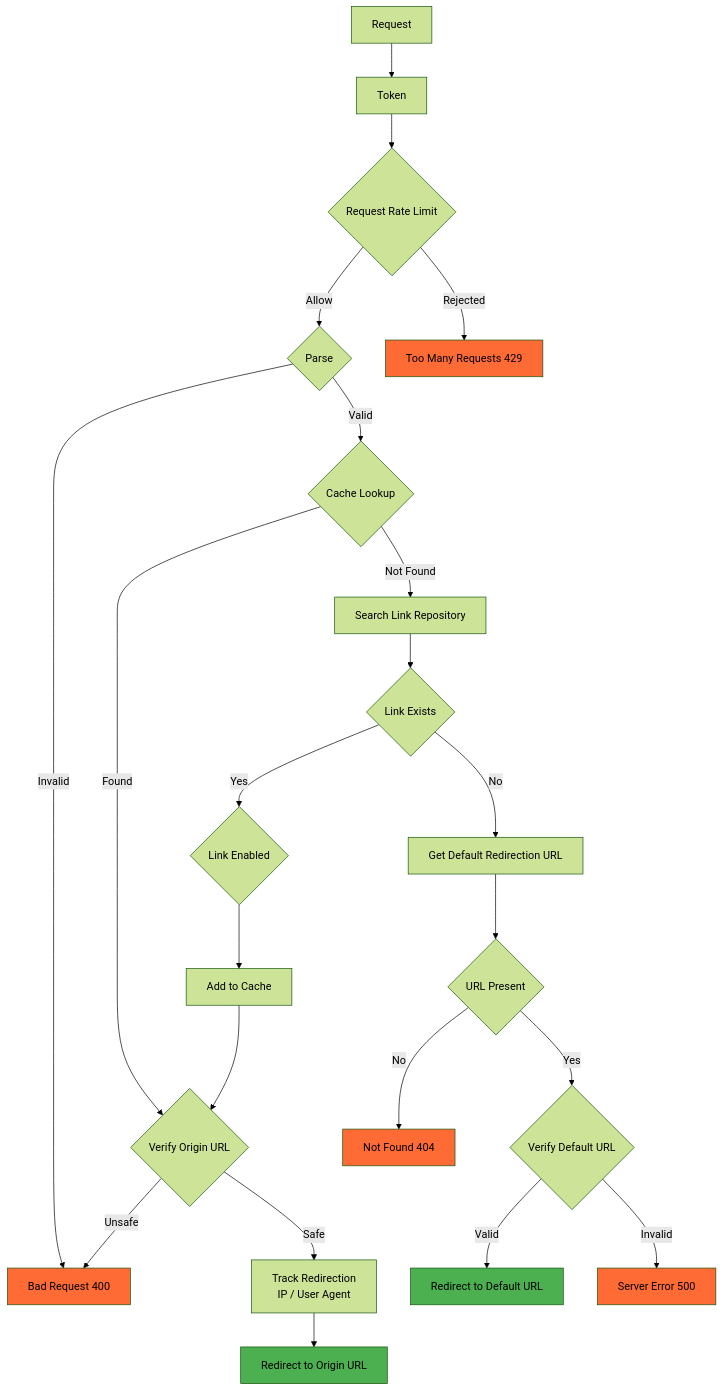
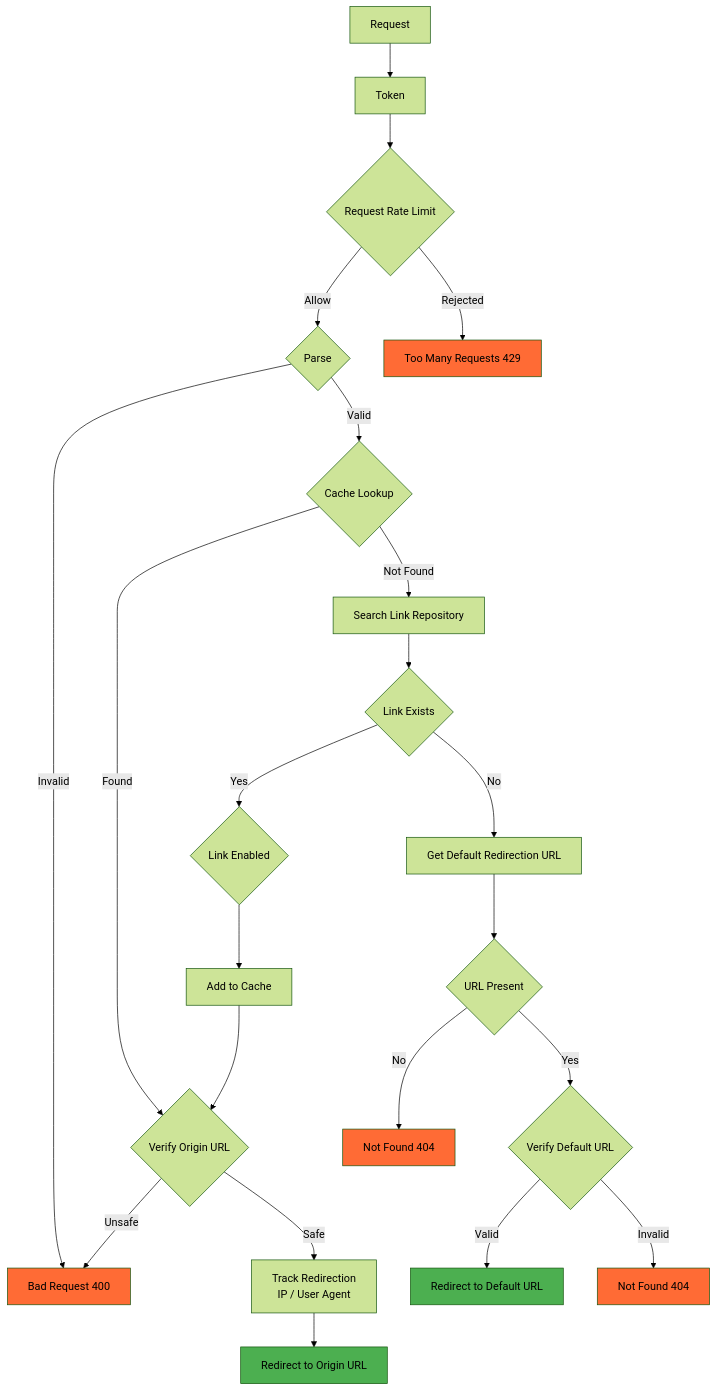
Before and after one commit to EdiWang/Elf: the diagram in README.md, drawn with Mermaid (forest theme). The commit also changed other lines of this file and 14 other files, not shown here.

````diff
--- a/README.md
+++ b/README.md
@@ -24,35 +32,35 @@
 ```mermaid
 flowchart TD
     A[Request] --> B[Token]
     B --> C{Request Rate Limit}
     C -->|Allow| D{Parse}
     C -->|Rejected| E[Too Many Requests 429]
     D -->|Valid| F{Cache Lookup}
     D -->|Invalid| G[Bad Request 400]
     F -->|Found| H{Verify Origin URL}
     F -->|Not Found| I[Search Link Repository]
     I --> J{Link Exists}
     J -->|Yes| K{Link Enabled}
     J -->|No| L[Get Default Redirection URL]
     K --> M[Add to Cache]
     M --> H
     L --> N{URL Present}
     N -->|Yes| O{Verify Default URL}
     N -->|No| P[Not Found 404]
     H -->|Safe| Q[Track Redirection<br/>IP / User Agent]
     H -->|Unsafe| G
     Q --> R[Redirect to Origin URL]
     O -->|Valid| S[Redirect to Default URL]
-    O -->|Invalid| T[Server Error 500]
+    O -->|Invalid| T[Not Found 404]
     
     %% Style the terminal nodes
     E:::error
     G:::error
     P:::error
     T:::error
     R:::success
     S:::success
     
     classDef error fill:#ff6b35
     classDef success fill:#4CAF50
 ```
````
